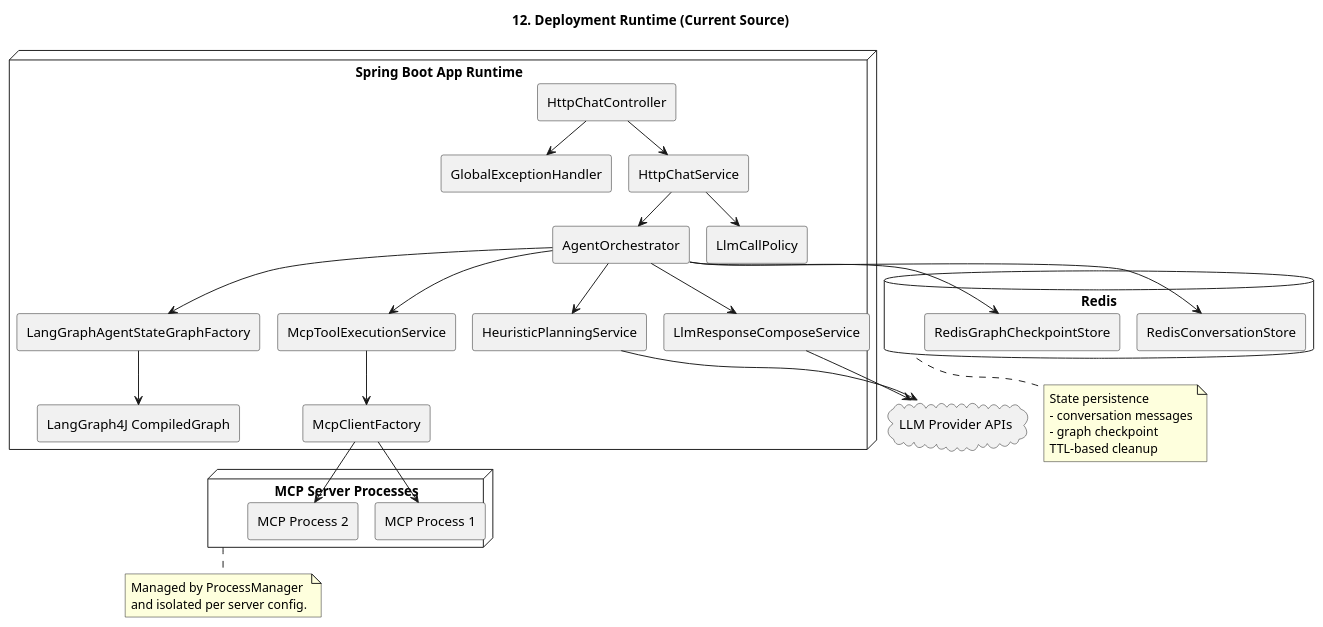
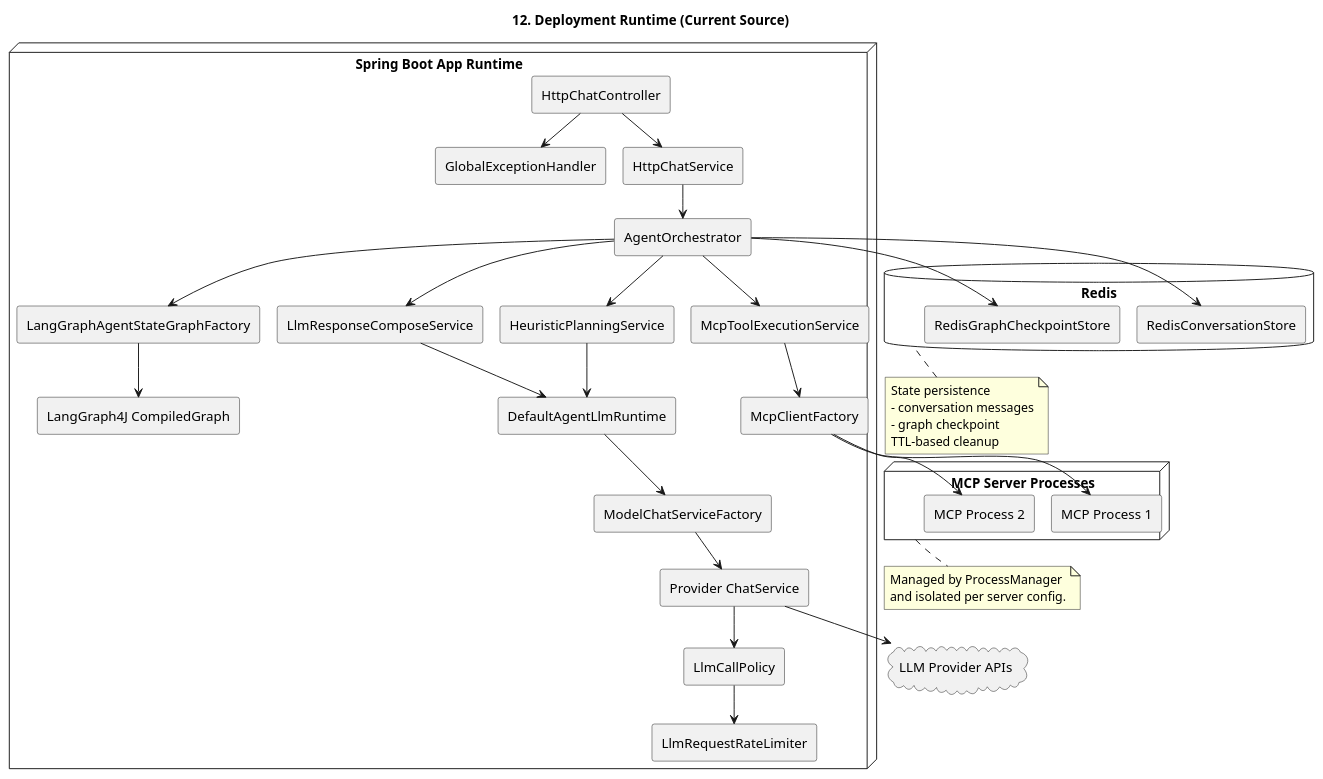
The diagram in documents/mcp-orchestrator-architecture/12-deployment-runtime.puml (kim57uak/spring-ai), drawn with PlantUML before and after one commit. The commit also changed 16 other files, not shown here.

Commit message:
docs: sync architecture docs with current source

```diff
--- a/documents/mcp-orchestrator-architecture/12-deployment-runtime.puml
+++ b/documents/mcp-orchestrator-architecture/12-deployment-runtime.puml
@@ -1,63 +1,71 @@
 @startuml
 !pragma layout smetana
 title 12. Deployment Runtime (Current Source)
 
 skinparam shadowing false
 skinparam componentStyle rectangle
 
 node "Spring Boot App Runtime" {
   [HttpChatController] as Controller
   [GlobalExceptionHandler] as Advice
   [HttpChatService] as ChatService
   [AgentOrchestrator] as Orchestrator
   [LangGraphAgentStateGraphFactory] as GraphFactory
   [LangGraph4J CompiledGraph] as CompiledGraph
   [HeuristicPlanningService] as PlanningService
   [McpToolExecutionService] as ToolExecutionService
   [LlmResponseComposeService] as ComposeService
+  [DefaultAgentLlmRuntime] as LlmRuntime
+  [ModelChatServiceFactory] as ChatFactory
+  [Provider ChatService] as ProviderChatService
   [McpClientFactory] as McpClientFactory
   [LlmCallPolicy] as LlmPolicy
+  [LlmRequestRateLimiter] as LlmRateLimiter
 }
 
 database "Redis" as Redis {
   [RedisConversationStore] as ConversationStore
   [RedisGraphCheckpointStore] as CheckpointStore
 }
 
 cloud "LLM Provider APIs" as Providers
 
 node "MCP Server Processes" as McpServers {
   [MCP Process 1] as Mcp1
   [MCP Process 2] as Mcp2
 }
 
 Controller --> ChatService
 Controller --> Advice
 ChatService --> Orchestrator
-ChatService --> LlmPolicy
 Orchestrator --> GraphFactory
 GraphFactory --> CompiledGraph
 Orchestrator --> PlanningService
 Orchestrator --> ToolExecutionService
 Orchestrator --> ComposeService
 Orchestrator --> ConversationStore
 Orchestrator --> CheckpointStore
-PlanningService --> Providers
-ComposeService --> Providers
+PlanningService --> LlmRuntime
+ComposeService --> LlmRuntime
+LlmRuntime --> ChatFactory
+ChatFactory --> ProviderChatService
+ProviderChatService --> LlmPolicy
+LlmPolicy --> LlmRateLimiter
+ProviderChatService --> Providers
 ToolExecutionService --> McpClientFactory
 McpClientFactory --> Mcp1
 McpClientFactory --> Mcp2
 
 note bottom of Redis
 State persistence
 - conversation messages
 - graph checkpoint
 TTL-based cleanup
 end note
 
 note bottom of McpServers
 Managed by ProcessManager
 and isolated per server config.
 end note
 
 @enduml
```
